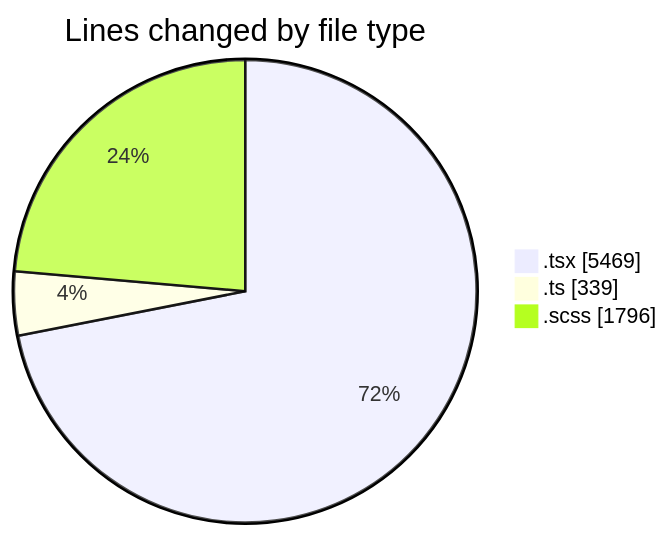
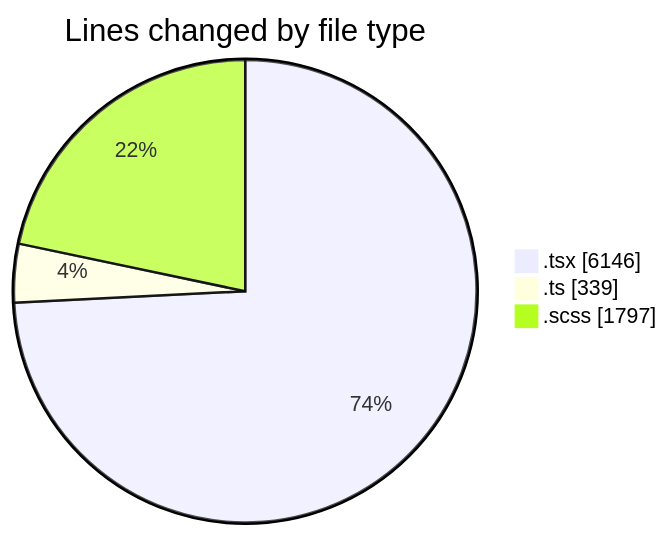
One commit to momahboobian/code-tracking changed the first of 2 diagrams in 2025-07-08/cda/README.md. Above: the diagram before and after it, drawn with Mermaid. The commit also changed other lines of this file and 1 other file, not shown here.

````diff
--- a/2025-07-08/cda/README.md
+++ b/2025-07-08/cda/README.md
@@ -49,7 +49,7 @@
 ```mermaid
 pie showData
 title Lines changed by file type
-".tsx" : 5469
+".tsx" : 6146
 ".ts" : 339
-".scss" : 1796
+".scss" : 1797
 ```
````
